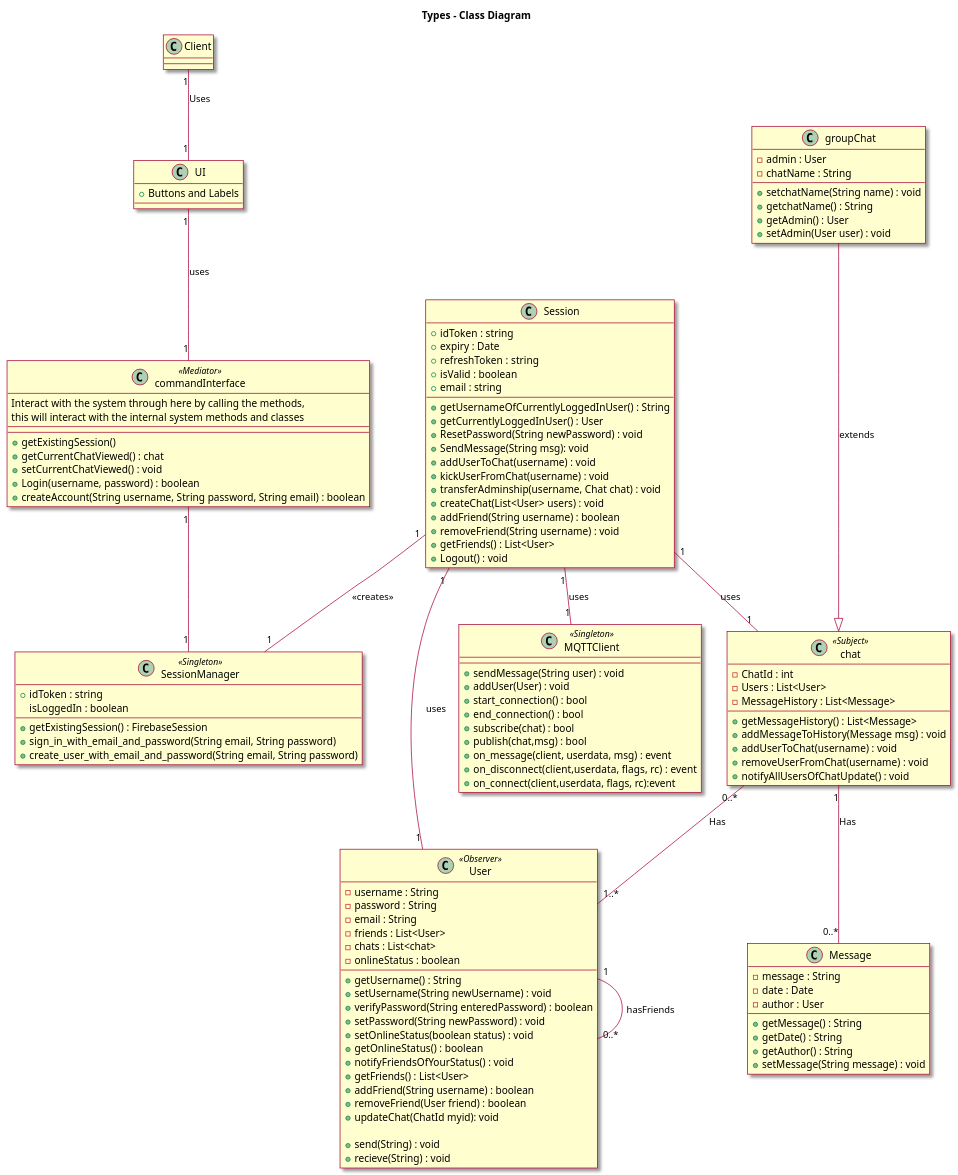
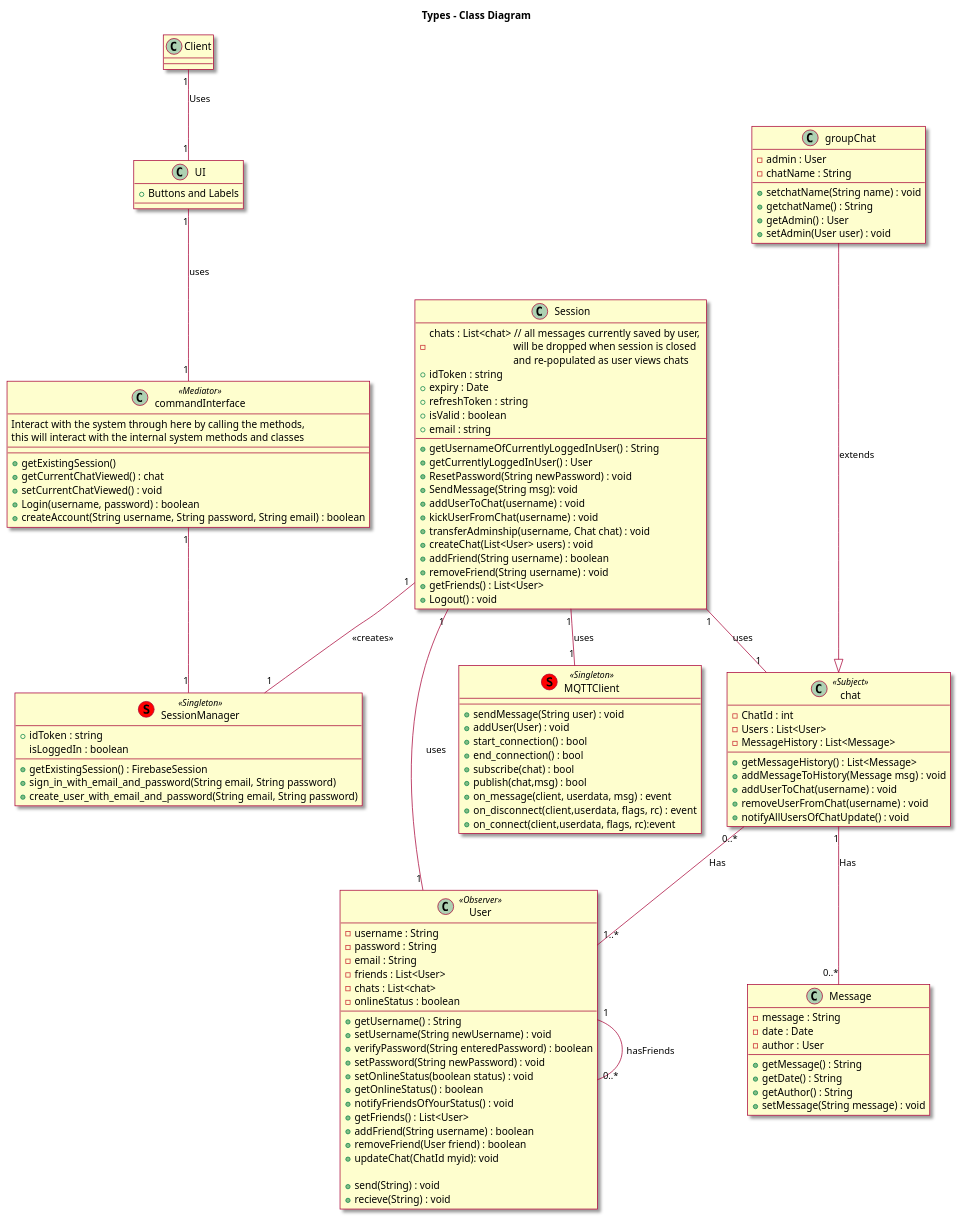
The diagram in diagrams/class_diagram.wsd (UBCO-COSC-310-Winter-2022-T2/the-project-marbl), drawn with PlantUML before and after one commit.

Commit message:
chose to save all chat messages on the session, will be dropped when session ends and retrieved when user logs in or recieves message or views chat (currently undecided)

```diff
--- a/diagrams/class_diagram.wsd
+++ b/diagrams/class_diagram.wsd
@@ -1,139 +1,140 @@
 @startuml
 
 skin rose
 
 title Types - Class Diagram
 
 
 skinparam componentStyle uml2
 class Client{}
 Client "1"--"1" UI: Uses
 
 class Message{
     - message : String
     - date : Date
     - author : User
     +getMessage() : String
     +getDate() : String
     +getAuthor() : String
     +setMessage(String message) : void
 }
 
 class User <<Observer>> {
     -username : String
     -password : String
     -email : String
     -friends : List<User>
     -chats : List<chat>
     -onlineStatus : boolean
 
     +getUsername() : String
     +setUsername(String newUsername) : void
     +verifyPassword(String enteredPassword) : boolean
     +setPassword(String newPassword) : void
     +setOnlineStatus(boolean status) : void
     +getOnlineStatus() : boolean
     +notifyFriendsOfYourStatus() : void
     +getFriends() : List<User>
     +addFriend(String username) : boolean
     +removeFriend(User friend) : boolean
     +updateChat(ChatId myid): void
 
     +send(String) : void
     +recieve(String) : void
 }
 
 User "1"--"0..*" User : hasFriends
 
-Class MQTTClient <<Singleton>> {
+Class MQTTClient <<(S,red) Singleton>> {
     +sendMessage(String user) : void
     +addUser(User) : void
     +start_connection() : bool
     +end_connection() : bool
     +subscribe(chat) : bool
     +publish(chat,msg) : bool
     +on_message(client, userdata, msg) : event
     +on_disconnect(client,userdata, flags, rc)  : event
     +on_connect(client,userdata, flags, rc):event
 }
 
 
 Class groupChat {
     -admin : User
     -chatName : String
     +setchatName(String name) : void
     +getchatName() : String
     +getAdmin() : User
     +setAdmin(User user) : void
 }
 
 Class chat <<Subject>> {
     -ChatId : int
     -Users : List<User>
     -MessageHistory : List<Message>
     +getMessageHistory() : List<Message>
     +addMessageToHistory(Message msg) : void
     +addUserToChat(username) : void
     +removeUserFromChat(username) : void
     +notifyAllUsersOfChatUpdate() : void
 }
 
 chat "0..*" -- "1..*" User : Has
 
 chat "1" -- "0..*" Message : Has
 
 groupChat---|> chat : extends
 
 class commandInterface <<Mediator>> {
     Interact with the system through here by calling the methods,
     this will interact with the internal system methods and classes
     --
     --
     +getExistingSession()
     +getCurrentChatViewed() : chat
     +setCurrentChatViewed() : void
     +Login(username, password) : boolean
     +createAccount(String username, String password, String email) : boolean
 }
 
 Session "1" -- "1" User : uses
 Session "1" -- "1" chat: uses
 
 class UI {
     +Buttons and Labels
 }
 
 class Session{
+    -chats : List<chat> // all messages currently saved by user, \n\t\t\t\twill be dropped when session is closed\n\t\t\t\tand re-populated as user views chats
     +idToken : string
     +expiry : Date
     +refreshToken : string
     +isValid : boolean
     +email : string
     +getUsernameOfCurrentlyLoggedInUser() : String
     +getCurrentlyLoggedInUser() : User
     +ResetPassword(String newPassword) : void
     +SendMessage(String msg): void
     +addUserToChat(username) : void
     +kickUserFromChat(username) : void
     +transferAdminship(username, Chat chat) : void
     +createChat(List<User> users) : void
     +addFriend(String username) : boolean
     +removeFriend(String username) : void
     +getFriends() : List<User>
     +Logout() : void
 }
 
-class SessionManager <<Singleton>>{
+class SessionManager <<(S,red) Singleton>>{
     +idToken : string
     isLoggedIn : boolean
     +getExistingSession() : FirebaseSession
     +sign_in_with_email_and_password(String email, String password)
     +create_user_with_email_and_password(String email, String password)
 }
 
 Session "1" -- "1" MQTTClient : uses
 Session "1" -- "1" SessionManager : <<creates>>
 UI "1" -- "1" commandInterface : uses
 commandInterface "1" -- "1" SessionManager
 
 @enduml
```
